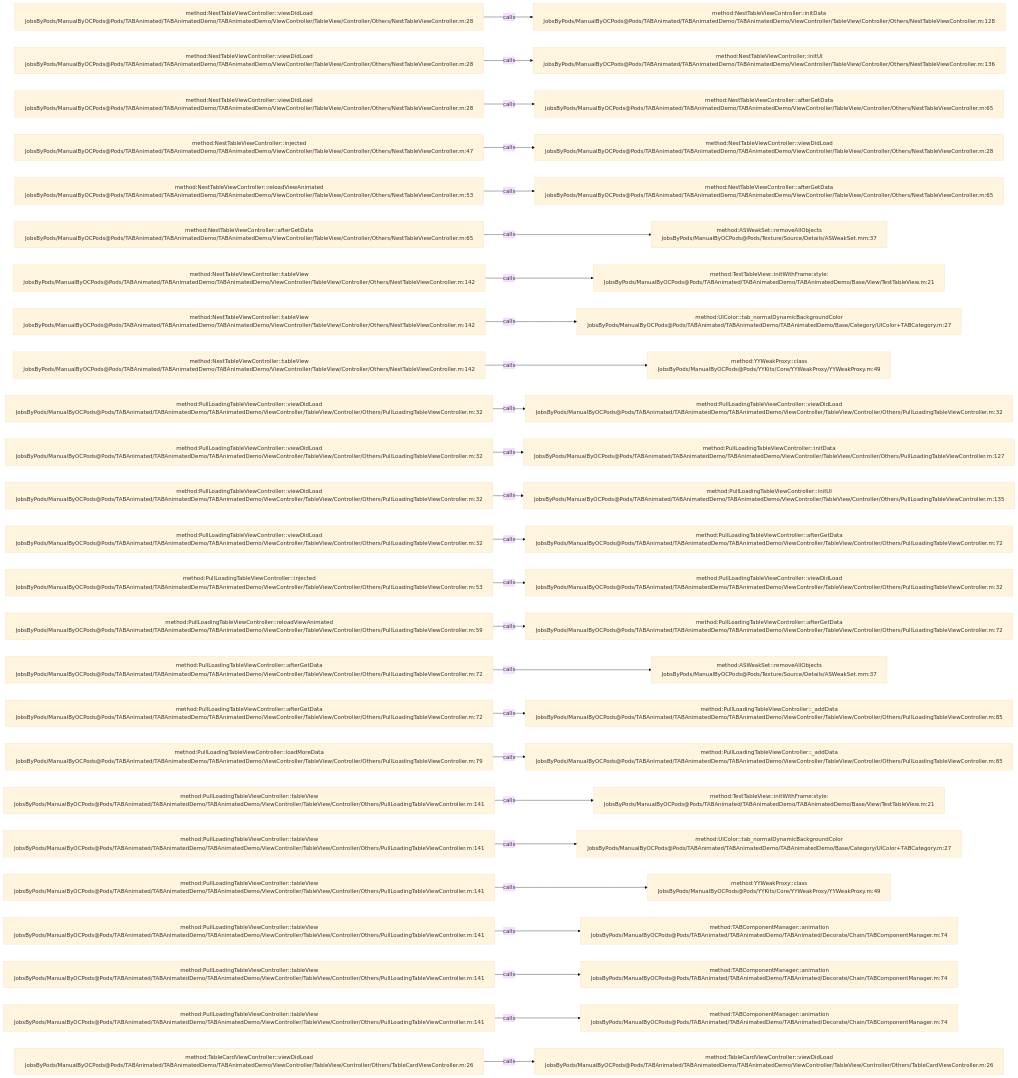
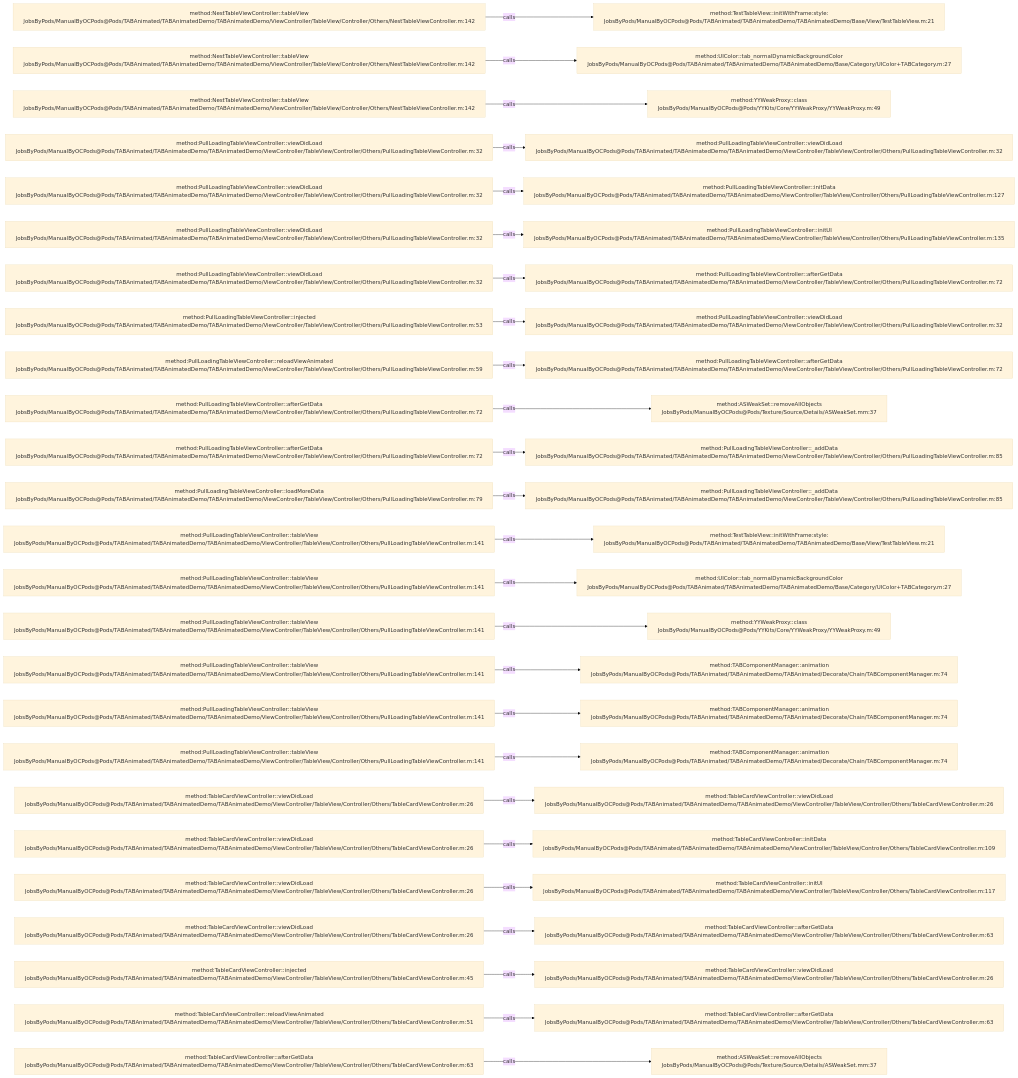
Before and after one commit to JobsKits/JobsOCBaseConfigDemo: the diagram in .codegraph/codegraph.md/graphs/calls-050.md, drawn with Mermaid (base theme). The commit also changed 666 other files, not shown here.

````diff
--- a/.codegraph/codegraph.md/graphs/calls-050.md
+++ b/.codegraph/codegraph.md/graphs/calls-050.md
@@ -13,78 +13,78 @@
 ```mermaid
 flowchart LR
-  S1["method:NestTableViewController::viewDidLoad<br/>JobsByPods/ManualByOCPods@Pods/TABAnimated/TABAnimatedDemo/TABAnimatedDemo/ViewController/TableView/Controller/Others/NestTableViewController.m:28"]
-  T1["method:NestTableViewController::initData<br/>JobsByPods/ManualByOCPods@Pods/TABAnimated/TABAnimatedDemo/TABAnimatedDemo/ViewController/TableView/Controller/Others/NestTableViewController.m:128"]
+  S1["method:NestTableViewController::tableView<br/>JobsByPods/ManualByOCPods@Pods/TABAnimated/TABAnimatedDemo/TABAnimatedDemo/ViewController/TableView/Controller/Others/NestTableViewController.m:142"]
+  T1["method:TestTableView::initWithFrame:style:<br/>JobsByPods/ManualByOCPods@Pods/TABAnimated/TABAnimatedDemo/TABAnimatedDemo/Base/View/TestTableView.m:21"]
   S1 -->|calls| T1
-  S2["method:NestTableViewController::viewDidLoad<br/>JobsByPods/ManualByOCPods@Pods/TABAnimated/TABAnimatedDemo/TABAnimatedDemo/ViewController/TableView/Controller/Others/NestTableViewController.m:28"]
-  T2["method:NestTableViewController::initUI<br/>JobsByPods/ManualByOCPods@Pods/TABAnimated/TABAnimatedDemo/TABAnimatedDemo/ViewController/TableView/Controller/Others/NestTableViewController.m:136"]
+  S2["method:NestTableViewController::tableView<br/>JobsByPods/ManualByOCPods@Pods/TABAnimated/TABAnimatedDemo/TABAnimatedDemo/ViewController/TableView/Controller/Others/NestTableViewController.m:142"]
+  T2["method:UIColor::tab_normalDynamicBackgroundColor<br/>JobsByPods/ManualByOCPods@Pods/TABAnimated/TABAnimatedDemo/TABAnimatedDemo/Base/Category/UIColor+TABCategory.m:27"]
   S2 -->|calls| T2
-  S3["method:NestTableViewController::viewDidLoad<br/>JobsByPods/ManualByOCPods@Pods/TABAnimated/TABAnimatedDemo/TABAnimatedDemo/ViewController/TableView/Controller/Others/NestTableViewController.m:28"]
-  T3["method:NestTableViewController::afterGetData<br/>JobsByPods/ManualByOCPods@Pods/TABAnimated/TABAnimatedDemo/TABAnimatedDemo/ViewController/TableView/Controller/Others/NestTableViewController.m:65"]
+  S3["method:NestTableViewController::tableView<br/>JobsByPods/ManualByOCPods@Pods/TABAnimated/TABAnimatedDemo/TABAnimatedDemo/ViewController/TableView/Controller/Others/NestTableViewController.m:142"]
+  T3["method:YYWeakProxy::class<br/>JobsByPods/ManualByOCPods@Pods/YYKits/Core/YYWeakProxy/YYWeakProxy.m:49"]
   S3 -->|calls| T3
-  S4["method:NestTableViewController::injected<br/>JobsByPods/ManualByOCPods@Pods/TABAnimated/TABAnimatedDemo/TABAnimatedDemo/ViewController/TableView/Controller/Others/NestTableViewController.m:47"]
-  T4["method:NestTableViewController::viewDidLoad<br/>JobsByPods/ManualByOCPods@Pods/TABAnimated/TABAnimatedDemo/TABAnimatedDemo/ViewController/TableView/Controller/Others/NestTableViewController.m:28"]
+  S4["method:PullLoadingTableViewController::viewDidLoad<br/>JobsByPods/ManualByOCPods@Pods/TABAnimated/TABAnimatedDemo/TABAnimatedDemo/ViewController/TableView/Controller/Others/PullLoadingTableViewController.m:32"]
+  T4["method:PullLoadingTableViewController::viewDidLoad<br/>JobsByPods/ManualByOCPods@Pods/TABAnimated/TABAnimatedDemo/TABAnimatedDemo/ViewController/TableView/Controller/Others/PullLoadingTableViewController.m:32"]
   S4 -->|calls| T4
-  S5["method:NestTableViewController::reloadViewAnimated<br/>JobsByPods/ManualByOCPods@Pods/TABAnimated/TABAnimatedDemo/TABAnimatedDemo/ViewController/TableView/Controller/Others/NestTableViewController.m:53"]
-  T5["method:NestTableViewController::afterGetData<br/>JobsByPods/ManualByOCPods@Pods/TABAnimated/TABAnimatedDemo/TABAnimatedDemo/ViewController/TableView/Controller/Others/NestTableViewController.m:65"]
+  S5["method:PullLoadingTableViewController::viewDidLoad<br/>JobsByPods/ManualByOCPods@Pods/TABAnimated/TABAnimatedDemo/TABAnimatedDemo/ViewController/TableView/Controller/Others/PullLoadingTableViewController.m:32"]
+  T5["method:PullLoadingTableViewController::initData<br/>JobsByPods/ManualByOCPods@Pods/TABAnimated/TABAnimatedDemo/TABAnimatedDemo/ViewController/TableView/Controller/Others/PullLoadingTableViewController.m:127"]
   S5 -->|calls| T5
-  S6["method:NestTableViewController::afterGetData<br/>JobsByPods/ManualByOCPods@Pods/TABAnimated/TABAnimatedDemo/TABAnimatedDemo/ViewController/TableView/Controller/Others/NestTableViewController.m:65"]
-  T6["method:ASWeakSet::removeAllObjects<br/>JobsByPods/ManualByOCPods@Pods/Texture/Source/Details/ASWeakSet.mm:37"]
+  S6["method:PullLoadingTableViewController::viewDidLoad<br/>JobsByPods/ManualByOCPods@Pods/TABAnimated/TABAnimatedDemo/TABAnimatedDemo/ViewController/TableView/Controller/Others/PullLoadingTableViewController.m:32"]
+  T6["method:PullLoadingTableViewController::initUI<br/>JobsByPods/ManualByOCPods@Pods/TABAnimated/TABAnimatedDemo/TABAnimatedDemo/ViewController/TableView/Controller/Others/PullLoadingTableViewController.m:135"]
   S6 -->|calls| T6
-  S7["method:NestTableViewController::tableView<br/>JobsByPods/ManualByOCPods@Pods/TABAnimated/TABAnimatedDemo/TABAnimatedDemo/ViewController/TableView/Controller/Others/NestTableViewController.m:142"]
-  T7["method:TestTableView::initWithFrame:style:<br/>JobsByPods/ManualByOCPods@Pods/TABAnimated/TABAnimatedDemo/TABAnimatedDemo/Base/View/TestTableView.m:21"]
+  S7["method:PullLoadingTableViewController::viewDidLoad<br/>JobsByPods/ManualByOCPods@Pods/TABAnimated/TABAnimatedDemo/TABAnimatedDemo/ViewController/TableView/Controller/Others/PullLoadingTableViewController.m:32"]
+  T7["method:PullLoadingTableViewController::afterGetData<br/>JobsByPods/ManualByOCPods@Pods/TABAnimated/TABAnimatedDemo/TABAnimatedDemo/ViewController/TableView/Controller/Others/PullLoadingTableViewController.m:72"]
   S7 -->|calls| T7
-  S8["method:NestTableViewController::tableView<br/>JobsByPods/ManualByOCPods@Pods/TABAnimated/TABAnimatedDemo/TABAnimatedDemo/ViewController/TableView/Controller/Others/NestTableViewController.m:142"]
-  T8["method:UIColor::tab_normalDynamicBackgroundColor<br/>JobsByPods/ManualByOCPods@Pods/TABAnimated/TABAnimatedDemo/TABAnimatedDemo/Base/Category/UIColor+TABCategory.m:27"]
+  S8["method:PullLoadingTableViewController::injected<br/>JobsByPods/ManualByOCPods@Pods/TABAnimated/TABAnimatedDemo/TABAnimatedDemo/ViewController/TableView/Controller/Others/PullLoadingTableViewController.m:53"]
+  T8["method:PullLoadingTableViewController::viewDidLoad<br/>JobsByPods/ManualByOCPods@Pods/TABAnimated/TABAnimatedDemo/TABAnimatedDemo/ViewController/TableView/Controller/Others/PullLoadingTableViewController.m:32"]
   S8 -->|calls| T8
-  S9["method:NestTableViewController::tableView<br/>JobsByPods/ManualByOCPods@Pods/TABAnimated/TABAnimatedDemo/TABAnimatedDemo/ViewController/TableView/Controller/Others/NestTableViewController.m:142"]
-  T9["method:YYWeakProxy::class<br/>JobsByPods/ManualByOCPods@Pods/YYKits/Core/YYWeakProxy/YYWeakProxy.m:49"]
+  S9["method:PullLoadingTableViewController::reloadViewAnimated<br/>JobsByPods/ManualByOCPods@Pods/TABAnimated/TABAnimatedDemo/TABAnimatedDemo/ViewController/TableView/Controller/Others/PullLoadingTableViewController.m:59"]
+  T9["method:PullLoadingTableViewController::afterGetData<br/>JobsByPods/ManualByOCPods@Pods/TABAnimated/TABAnimatedDemo/TABAnimatedDemo/ViewController/TableView/Controller/Others/PullLoadingTableViewController.m:72"]
   S9 -->|calls| T9
-  S10["method:PullLoadingTableViewController::viewDidLoad<br/>JobsByPods/ManualByOCPods@Pods/TABAnimated/TABAnimatedDemo/TABAnimatedDemo/ViewController/TableView/Controller/Others/PullLoadingTableViewController.m:32"]
-  T10["method:PullLoadingTableViewController::viewDidLoad<br/>JobsByPods/ManualByOCPods@Pods/TABAnimated/TABAnimatedDemo/TABAnimatedDemo/ViewController/TableView/Controller/Others/PullLoadingTableViewController.m:32"]
+  S10["method:PullLoadingTableViewController::afterGetData<br/>JobsByPods/ManualByOCPods@Pods/TABAnimated/TABAnimatedDemo/TABAnimatedDemo/ViewController/TableView/Controller/Others/PullLoadingTableViewController.m:72"]
+  T10["method:ASWeakSet::removeAllObjects<br/>JobsByPods/ManualByOCPods@Pods/Texture/Source/Details/ASWeakSet.mm:37"]
   S10 -->|calls| T10
-  S11["method:PullLoadingTableViewController::viewDidLoad<br/>JobsByPods/ManualByOCPods@Pods/TABAnimated/TABAnimatedDemo/TABAnimatedDemo/ViewController/TableView/Controller/Others/PullLoadingTableViewController.m:32"]
-  T11["method:PullLoadingTableViewController::initData<br/>JobsByPods/ManualByOCPods@Pods/TABAnimated/TABAnimatedDemo/TABAnimatedDemo/ViewController/TableView/Controller/Others/PullLoadingTableViewController.m:127"]
+  S11["method:PullLoadingTableViewController::afterGetData<br/>JobsByPods/ManualByOCPods@Pods/TABAnimated/TABAnimatedDemo/TABAnimatedDemo/ViewController/TableView/Controller/Others/PullLoadingTableViewController.m:72"]
+  T11["method:PullLoadingTableViewController::_addData<br/>JobsByPods/ManualByOCPods@Pods/TABAnimated/TABAnimatedDemo/TABAnimatedDemo/ViewController/TableView/Controller/Others/PullLoadingTableViewController.m:85"]
   S11 -->|calls| T11
-  S12["method:PullLoadingTableViewController::viewDidLoad<br/>JobsByPods/ManualByOCPods@Pods/TABAnimated/TABAnimatedDemo/TABAnimatedDemo/ViewController/TableView/Controller/Others/PullLoadingTableViewController.m:32"]
-  T12["method:PullLoadingTableViewController::initUI<br/>JobsByPods/ManualByOCPods@Pods/TABAnimated/TABAnimatedDemo/TABAnimatedDemo/ViewController/TableView/Controller/Others/PullLoadingTableViewController.m:135"]
+  S12["method:PullLoadingTableViewController::loadMoreData<br/>JobsByPods/ManualByOCPods@Pods/TABAnimated/TABAnimatedDemo/TABAnimatedDemo/ViewController/TableView/Controller/Others/PullLoadingTableViewController.m:79"]
+  T12["method:PullLoadingTableViewController::_addData<br/>JobsByPods/ManualByOCPods@Pods/TABAnimated/TABAnimatedDemo/TABAnimatedDemo/ViewController/TableView/Controller/Others/PullLoadingTableViewController.m:85"]
   S12 -->|calls| T12
-  S13["method:PullLoadingTableViewController::viewDidLoad<br/>JobsByPods/ManualByOCPods@Pods/TABAnimated/TABAnimatedDemo/TABAnimatedDemo/ViewController/TableView/Controller/Others/PullLoadingTableViewController.m:32"]
-  T13["method:PullLoadingTableViewController::afterGetData<br/>JobsByPods/ManualByOCPods@Pods/TABAnimated/TABAnimatedDemo/TABAnimatedDemo/ViewController/TableView/Controller/Others/PullLoadingTableViewController.m:72"]
+  S13["method:PullLoadingTableViewController::tableView<br/>JobsByPods/ManualByOCPods@Pods/TABAnimated/TABAnimatedDemo/TABAnimatedDemo/ViewController/TableView/Controller/Others/PullLoadingTableViewController.m:141"]
+  T13["method:TestTableView::initWithFrame:style:<br/>JobsByPods/ManualByOCPods@Pods/TABAnimated/TABAnimatedDemo/TABAnimatedDemo/Base/View/TestTableView.m:21"]
   S13 -->|calls| T13
-  S14["method:PullLoadingTableViewController::injected<br/>JobsByPods/ManualByOCPods@Pods/TABAnimated/TABAnimatedDemo/TABAnimatedDemo/ViewController/TableView/Controller/Others/PullLoadingTableViewController.m:53"]
-  T14["method:PullLoadingTableViewController::viewDidLoad<br/>JobsByPods/ManualByOCPods@Pods/TABAnimated/TABAnimatedDemo/TABAnimatedDemo/ViewController/TableView/Controller/Others/PullLoadingTableViewController.m:32"]
+  S14["method:PullLoadingTableViewController::tableView<br/>JobsByPods/ManualByOCPods@Pods/TABAnimated/TABAnimatedDemo/TABAnimatedDemo/ViewController/TableView/Controller/Others/PullLoadingTableViewController.m:141"]
+  T14["method:UIColor::tab_normalDynamicBackgroundColor<br/>JobsByPods/ManualByOCPods@Pods/TABAnimated/TABAnimatedDemo/TABAnimatedDemo/Base/Category/UIColor+TABCategory.m:27"]
   S14 -->|calls| T14
-  S15["method:PullLoadingTableViewController::reloadViewAnimated<br/>JobsByPods/ManualByOCPods@Pods/TABAnimated/TABAnimatedDemo/TABAnimatedDemo/ViewController/TableView/Controller/Others/PullLoadingTableViewController.m:59"]
-  T15["method:PullLoadingTableViewController::afterGetData<br/>JobsByPods/ManualByOCPods@Pods/TABAnimated/TABAnimatedDemo/TABAnimatedDemo/ViewController/TableView/Controller/Others/PullLoadingTableViewController.m:72"]
+  S15["method:PullLoadingTableViewController::tableView<br/>JobsByPods/ManualByOCPods@Pods/TABAnimated/TABAnimatedDemo/TABAnimatedDemo/ViewController/TableView/Controller/Others/PullLoadingTableViewController.m:141"]
+  T15["method:YYWeakProxy::class<br/>JobsByPods/ManualByOCPods@Pods/YYKits/Core/YYWeakProxy/YYWeakProxy.m:49"]
   S15 -->|calls| T15
-  S16["method:PullLoadingTableViewController::afterGetData<br/>JobsByPods/ManualByOCPods@Pods/TABAnimated/TABAnimatedDemo/TABAnimatedDemo/ViewController/TableView/Controller/Others/PullLoadingTableViewController.m:72"]
-  T16["method:ASWeakSet::removeAllObjects<br/>JobsByPods/ManualByOCPods@Pods/Texture/Source/Details/ASWeakSet.mm:37"]
+  S16["method:PullLoadingTableViewController::tableView<br/>JobsByPods/ManualByOCPods@Pods/TABAnimated/TABAnimatedDemo/TABAnimatedDemo/ViewController/TableView/Controller/Others/PullLoadingTableViewController.m:141"]
+  T16["method:TABComponentManager::animation<br/>JobsByPods/ManualByOCPods@Pods/TABAnimated/TABAnimatedDemo/TABAnimated/Decorate/Chain/TABComponentManager.m:74"]
   S16 -->|calls| T16
-  S17["method:PullLoadingTableViewController::afterGetData<br/>JobsByPods/ManualByOCPods@Pods/TABAnimated/TABAnimatedDemo/TABAnimatedDemo/ViewController/TableView/Controller/Others/PullLoadingTableViewController.m:72"]
-  T17["method:PullLoadingTableViewController::_addData<br/>JobsByPods/ManualByOCPods@Pods/TABAnimated/TABAnimatedDemo/TABAnimatedDemo/ViewController/TableView/Controller/Others/PullLoadingTableViewController.m:85"]
+  S17["method:PullLoadingTableViewController::tableView<br/>JobsByPods/ManualByOCPods@Pods/TABAnimated/TABAnimatedDemo/TABAnimatedDemo/ViewController/TableView/Controller/Others/PullLoadingTableViewController.m:141"]
+  T17["method:TABComponentManager::animation<br/>JobsByPods/ManualByOCPods@Pods/TABAnimated/TABAnimatedDemo/TABAnimated/Decorate/Chain/TABComponentManager.m:74"]
   S17 -->|calls| T17
-  S18["method:PullLoadingTableViewController::loadMoreData<br/>JobsByPods/ManualByOCPods@Pods/TABAnimated/TABAnimatedDemo/TABAnimatedDemo/ViewController/TableView/Controller/Others/PullLoadingTableViewController.m:79"]
-  T18["method:PullLoadingTableViewController::_addData<br/>JobsByPods/ManualByOCPods@Pods/TABAnimated/TABAnimatedDemo/TABAnimatedDemo/ViewController/TableView/Controller/Others/PullLoadingTableViewController.m:85"]
+  S18["method:PullLoadingTableViewController::tableView<br/>JobsByPods/ManualByOCPods@Pods/TABAnimated/TABAnimatedDemo/TABAnimatedDemo/ViewController/TableView/Controller/Others/PullLoadingTableViewController.m:141"]
+  T18["method:TABComponentManager::animation<br/>JobsByPods/ManualByOCPods@Pods/TABAnimated/TABAnimatedDemo/TABAnimated/Decorate/Chain/TABComponentManager.m:74"]
   S18 -->|calls| T18
-  S19["method:PullLoadingTableViewController::tableView<br/>JobsByPods/ManualByOCPods@Pods/TABAnimated/TABAnimatedDemo/TABAnimatedDemo/ViewController/TableView/Controller/Others/PullLoadingTableViewController.m:141"]
-  T19["method:TestTableView::initWithFrame:style:<br/>JobsByPods/ManualByOCPods@Pods/TABAnimated/TABAnimatedDemo/TABAnimatedDemo/Base/View/TestTableView.m:21"]
+  S19["method:TableCardViewController::viewDidLoad<br/>JobsByPods/ManualByOCPods@Pods/TABAnimated/TABAnimatedDemo/TABAnimatedDemo/ViewController/TableView/Controller/Others/TableCardViewController.m:26"]
+  T19["method:TableCardViewController::viewDidLoad<br/>JobsByPods/ManualByOCPods@Pods/TABAnimated/TABAnimatedDemo/TABAnimatedDemo/ViewController/TableView/Controller/Others/TableCardViewController.m:26"]
   S19 -->|calls| T19
-  S20["method:PullLoadingTableViewController::tableView<br/>JobsByPods/ManualByOCPods@Pods/TABAnimated/TABAnimatedDemo/TABAnimatedDemo/ViewController/TableView/Controller/Others/PullLoadingTableViewController.m:141"]
-  T20["method:UIColor::tab_normalDynamicBackgroundColor<br/>JobsByPods/ManualByOCPods@Pods/TABAnimated/TABAnimatedDemo/TABAnimatedDemo/Base/Category/UIColor+TABCategory.m:27"]
+  S20["method:TableCardViewController::viewDidLoad<br/>JobsByPods/ManualByOCPods@Pods/TABAnimated/TABAnimatedDemo/TABAnimatedDemo/ViewController/TableView/Controller/Others/TableCardViewController.m:26"]
+  T20["method:TableCardViewController::initData<br/>JobsByPods/ManualByOCPods@Pods/TABAnimated/TABAnimatedDemo/TABAnimatedDemo/ViewController/TableView/Controller/Others/TableCardViewController.m:109"]
   S20 -->|calls| T20
-  S21["method:PullLoadingTableViewController::tableView<br/>JobsByPods/ManualByOCPods@Pods/TABAnimated/TABAnimatedDemo/TABAnimatedDemo/ViewController/TableView/Controller/Others/PullLoadingTableViewController.m:141"]
-  T21["method:YYWeakProxy::class<br/>JobsByPods/ManualByOCPods@Pods/YYKits/Core/YYWeakProxy/YYWeakProxy.m:49"]
+  S21["method:TableCardViewController::viewDidLoad<br/>JobsByPods/ManualByOCPods@Pods/TABAnimated/TABAnimatedDemo/TABAnimatedDemo/ViewController/TableView/Controller/Others/TableCardViewController.m:26"]
+  T21["method:TableCardViewController::initUI<br/>JobsByPods/ManualByOCPods@Pods/TABAnimated/TABAnimatedDemo/TABAnimatedDemo/ViewController/TableView/Controller/Others/TableCardViewController.m:117"]
   S21 -->|calls| T21
-  S22["method:PullLoadingTableViewController::tableView<br/>JobsByPods/ManualByOCPods@Pods/TABAnimated/TABAnimatedDemo/TABAnimatedDemo/ViewController/TableView/Controller/Others/PullLoadingTableViewController.m:141"]
-  T22["method:TABComponentManager::animation<br/>JobsByPods/ManualByOCPods@Pods/TABAnimated/TABAnimatedDemo/TABAnimated/Decorate/Chain/TABComponentManager.m:74"]
+  S22["method:TableCardViewController::viewDidLoad<br/>JobsByPods/ManualByOCPods@Pods/TABAnimated/TABAnimatedDemo/TABAnimatedDemo/ViewController/TableView/Controller/Others/TableCardViewController.m:26"]
+  T22["method:TableCardViewController::afterGetData<br/>JobsByPods/ManualByOCPods@Pods/TABAnimated/TABAnimatedDemo/TABAnimatedDemo/ViewController/TableView/Controller/Others/TableCardViewController.m:63"]
   S22 -->|calls| T22
-  S23["method:PullLoadingTableViewController::tableView<br/>JobsByPods/ManualByOCPods@Pods/TABAnimated/TABAnimatedDemo/TABAnimatedDemo/ViewController/TableView/Controller/Others/PullLoadingTableViewController.m:141"]
-  T23["method:TABComponentManager::animation<br/>JobsByPods/ManualByOCPods@Pods/TABAnimated/TABAnimatedDemo/TABAnimated/Decorate/Chain/TABComponentManager.m:74"]
+  S23["method:TableCardViewController::injected<br/>JobsByPods/ManualByOCPods@Pods/TABAnimated/TABAnimatedDemo/TABAnimatedDemo/ViewController/TableView/Controller/Others/TableCardViewController.m:45"]
+  T23["method:TableCardViewController::viewDidLoad<br/>JobsByPods/ManualByOCPods@Pods/TABAnimated/TABAnimatedDemo/TABAnimatedDemo/ViewController/TableView/Controller/Others/TableCardViewController.m:26"]
   S23 -->|calls| T23
-  S24["method:PullLoadingTableViewController::tableView<br/>JobsByPods/ManualByOCPods@Pods/TABAnimated/TABAnimatedDemo/TABAnimatedDemo/ViewController/TableView/Controller/Others/PullLoadingTableViewController.m:141"]
-  T24["method:TABComponentManager::animation<br/>JobsByPods/ManualByOCPods@Pods/TABAnimated/TABAnimatedDemo/TABAnimated/Decorate/Chain/TABComponentManager.m:74"]
+  S24["method:TableCardViewController::reloadViewAnimated<br/>JobsByPods/ManualByOCPods@Pods/TABAnimated/TABAnimatedDemo/TABAnimatedDemo/ViewController/TableView/Controller/Others/TableCardViewController.m:51"]
+  T24["method:TableCardViewController::afterGetData<br/>JobsByPods/ManualByOCPods@Pods/TABAnimated/TABAnimatedDemo/TABAnimatedDemo/ViewController/TableView/Controller/Others/TableCardViewController.m:63"]
   S24 -->|calls| T24
-  S25["method:TableCardViewController::viewDidLoad<br/>JobsByPods/ManualByOCPods@Pods/TABAnimated/TABAnimatedDemo/TABAnimatedDemo/ViewController/TableView/Controller/Others/TableCardViewController.m:26"]
-  T25["method:TableCardViewController::viewDidLoad<br/>JobsByPods/ManualByOCPods@Pods/TABAnimated/TABAnimatedDemo/TABAnimatedDemo/ViewController/TableView/Controller/Others/TableCardViewController.m:26"]
+  S25["method:TableCardViewController::afterGetData<br/>JobsByPods/ManualByOCPods@Pods/TABAnimated/TABAnimatedDemo/TABAnimatedDemo/ViewController/TableView/Controller/Others/TableCardViewController.m:63"]
+  T25["method:ASWeakSet::removeAllObjects<br/>JobsByPods/ManualByOCPods@Pods/Texture/Source/Details/ASWeakSet.mm:37"]
   S25 -->|calls| T25
 ```
````
